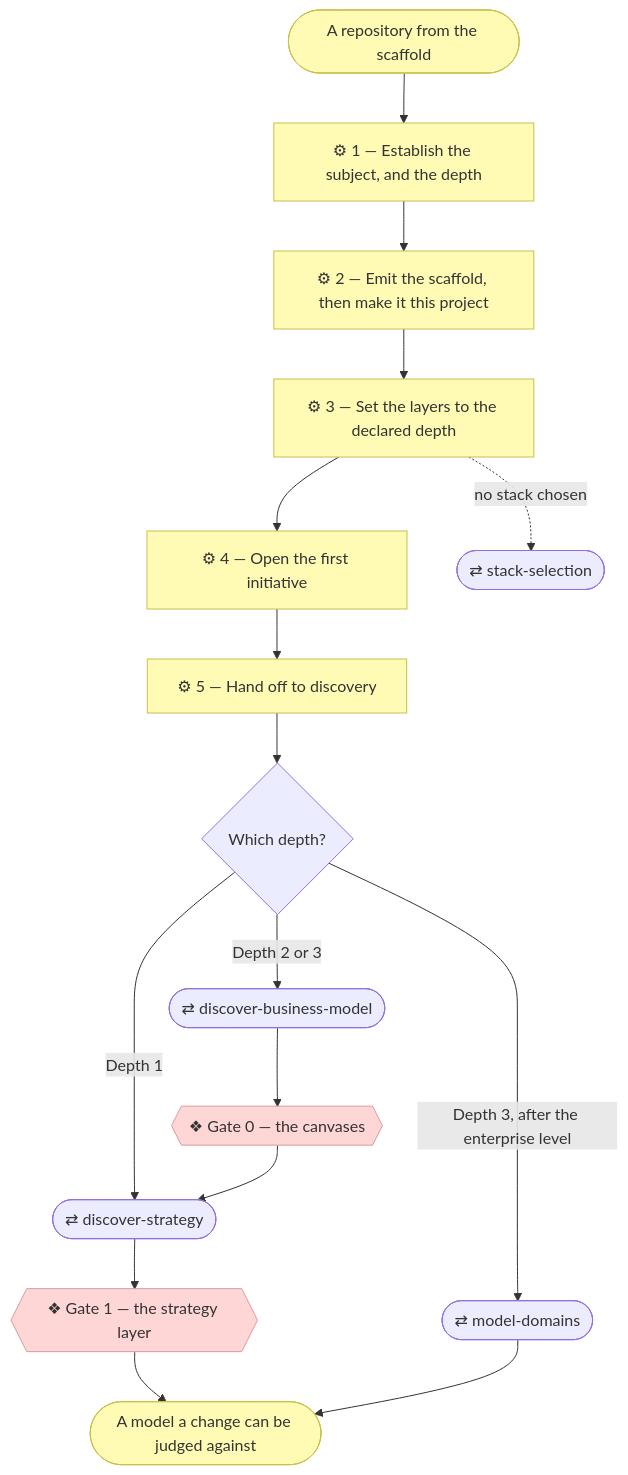
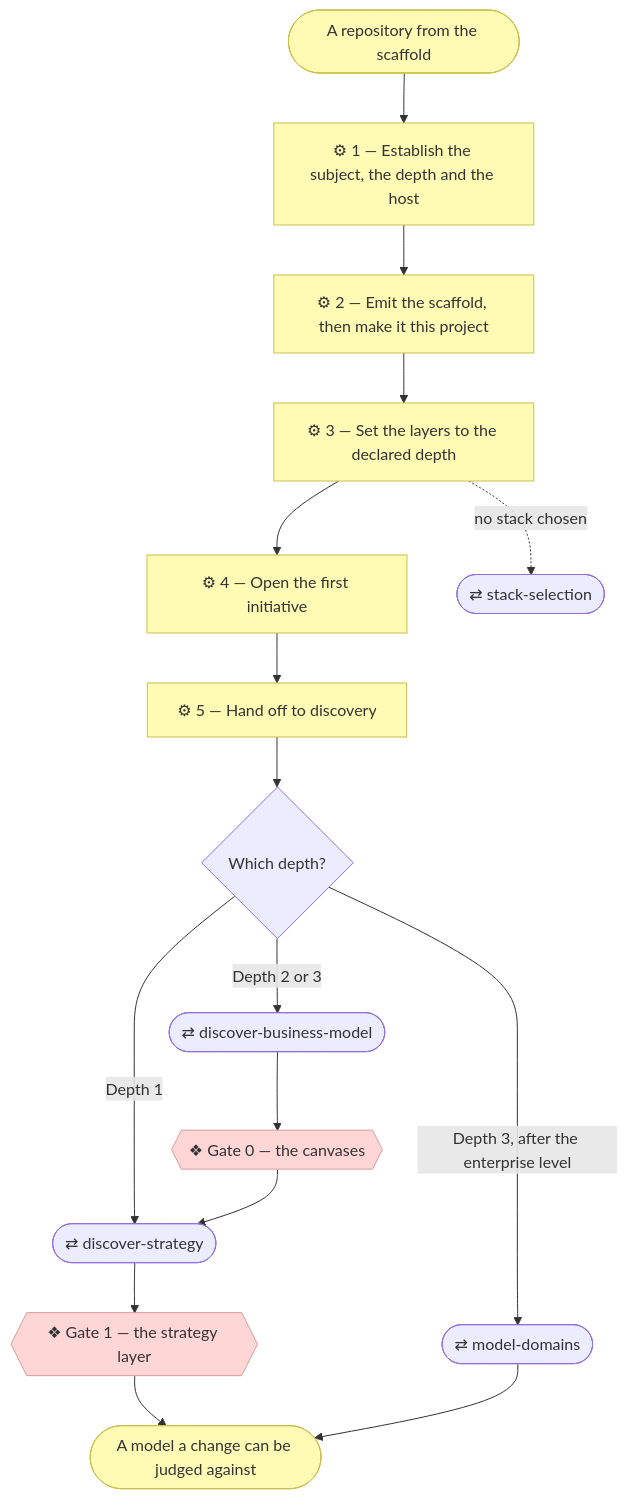
The diagram in plugins/archreator/skills/establish-project/SKILL.md (roanboc/archreator), drawn with Mermaid before and after one commit. The commit also changed other lines of this file and 6 other files, not shown here.

````diff
--- a/plugins/archreator/skills/establish-project/SKILL.md
+++ b/plugins/archreator/skills/establish-project/SKILL.md
@@ -41,29 +41,29 @@
 ```mermaid
 flowchart TD
   req(["A repository from the scaffold"])
-  s1["⚙ 1 — Establish the subject, and the depth"]
+  s1["⚙ 1 — Establish the subject, the depth and the host"]
   s2["⚙ 2 — Emit the scaffold, then make it this project"]
   s3["⚙ 3 — Set the layers to the declared depth"]
   s4["⚙ 4 — Open the first initiative"]
   s5["⚙ 5 — Hand off to discovery"]
   d{"Which depth?"}
   ss(["⇄ stack-selection"])
   dbm(["⇄ discover-business-model"])
   ds(["⇄ discover-strategy"])
   md(["⇄ model-domains"])
   g0{{"❖ Gate 0 — the canvases"}}
   g1{{"❖ Gate 1 — the strategy layer"}}
   out(["A model a change can be judged against"])
 
   req --> s1 --> s2 --> s3 --> s4 --> s5 --> d
   s3 -. no stack chosen .-> ss
   d -->|Depth 1| ds
   d -->|Depth 2 or 3| dbm --> g0 --> ds
   ds --> g1 --> out
   d -->|Depth 3, after the enterprise level| md --> out
 
   classDef business fill:#fffbb5,stroke:#c8c04a,color:#333
   classDef implementation fill:#ffd6d6,stroke:#d99b9b,color:#333
   class s1,s2,s3,s4,s5,req,out business
   class g0,g1 implementation
 ```
````
